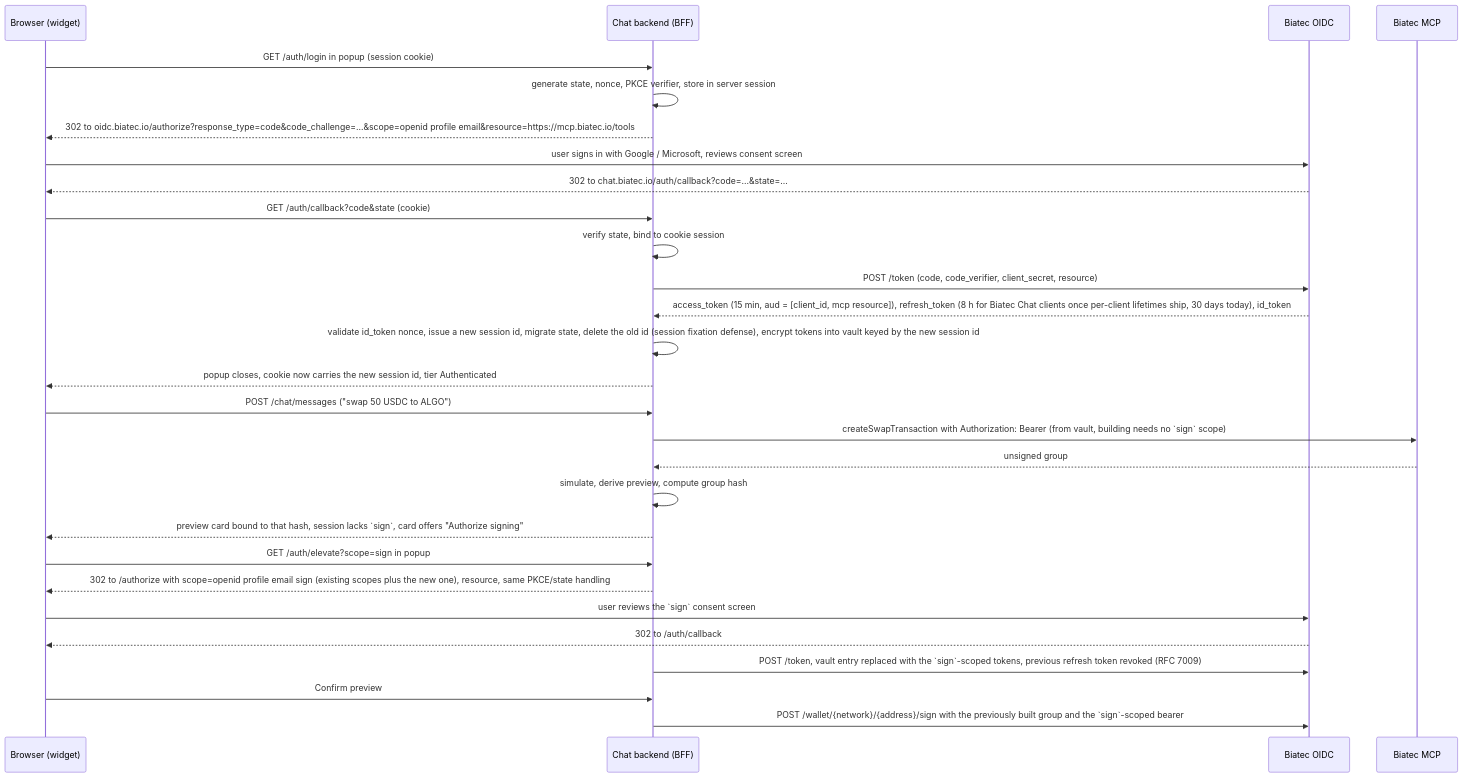
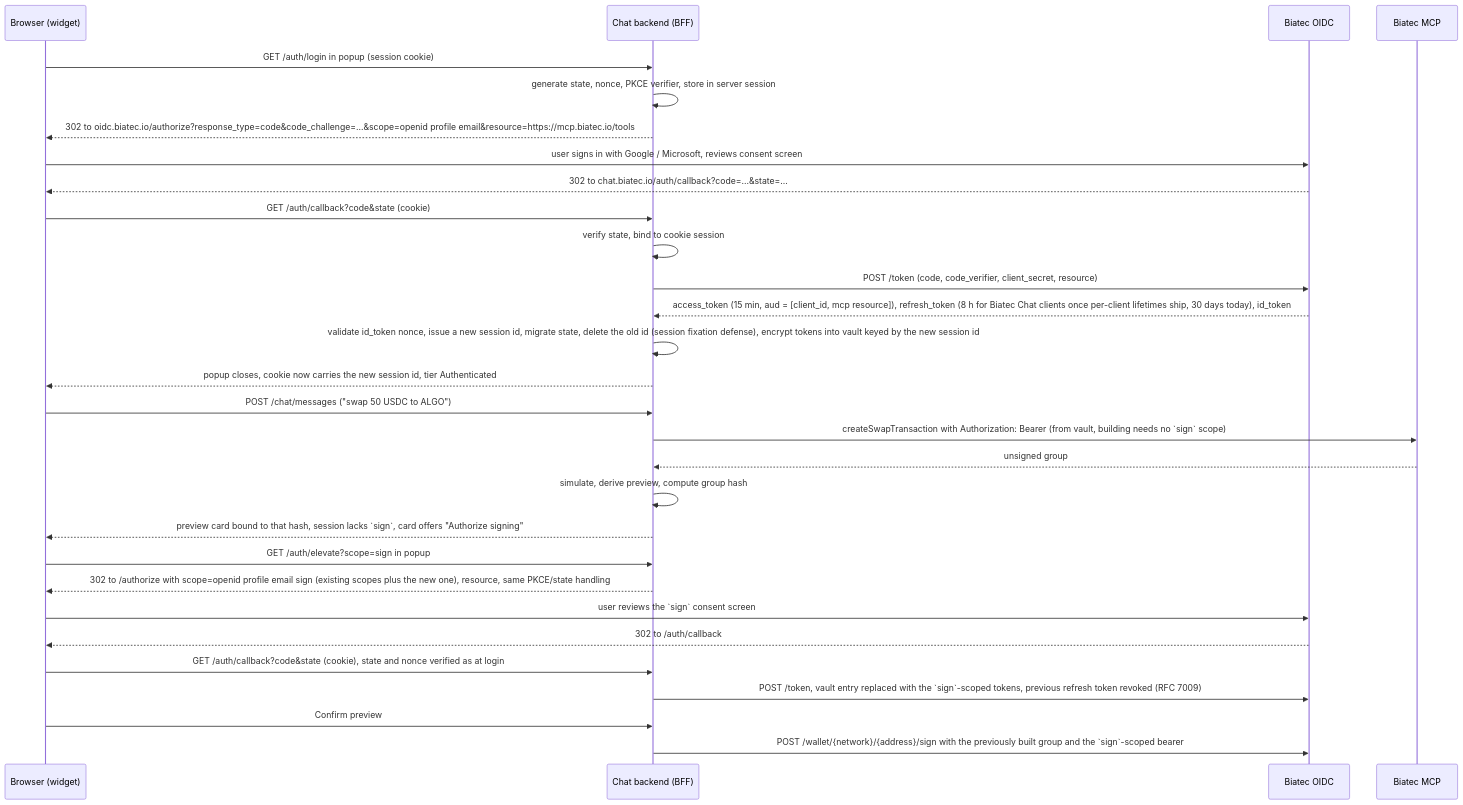
One commit to scholtz/biatec-chat changed the second of 3 diagrams in PRODUCT-DESCRIPTION.md. Above: the diagram before and after it, drawn with Mermaid. The commit also changed other lines of this file, not shown here.

````diff
--- a/PRODUCT-DESCRIPTION.md
+++ b/PRODUCT-DESCRIPTION.md
@@ -314,31 +314,32 @@
 ```mermaid
 sequenceDiagram
     participant B as Browser (widget)
     participant API as Chat backend (BFF)
     participant O as Biatec OIDC
     participant M as Biatec MCP
 
     B->>API: GET /auth/login in popup (session cookie)
     API->>API: generate state, nonce, PKCE verifier, store in server session
     API-->>B: 302 to oidc.biatec.io/authorize?response_type=code&code_challenge=...&scope=openid profile email&resource=https://mcp.biatec.io/tools
     B->>O: user signs in with Google / Microsoft, reviews consent screen
     O-->>B: 302 to chat.biatec.io/auth/callback?code=...&state=...
     B->>API: GET /auth/callback?code&state (cookie)
     API->>API: verify state, bind to cookie session
     API->>O: POST /token (code, code_verifier, client_secret, resource)
     O-->>API: access_token (15 min, aud = [client_id, mcp resource]), refresh_token (8 h for Biatec Chat clients once per-client lifetimes ship, 30 days today), id_token
     API->>API: validate id_token nonce, issue a new session id, migrate state, delete the old id (session fixation defense), encrypt tokens into vault keyed by the new session id
     API-->>B: popup closes, cookie now carries the new session id, tier Authenticated
     B->>API: POST /chat/messages ("swap 50 USDC to ALGO")
     API->>M: createSwapTransaction with Authorization: Bearer (from vault, building needs no `sign` scope)
     M-->>API: unsigned group
     API->>API: simulate, derive preview, compute group hash
     API-->>B: preview card bound to that hash, session lacks `sign`, card offers "Authorize signing"
     B->>API: GET /auth/elevate?scope=sign in popup
     API-->>B: 302 to /authorize with scope=openid profile email sign (existing scopes plus the new one), resource, same PKCE/state handling
     B->>O: user reviews the `sign` consent screen
     O-->>B: 302 to /auth/callback
+    B->>API: GET /auth/callback?code&state (cookie), state and nonce verified as at login
     API->>O: POST /token, vault entry replaced with the `sign`-scoped tokens, previous refresh token revoked (RFC 7009)
     B->>API: Confirm preview
     API->>O: POST /wallet/{network}/{address}/sign with the previously built group and the `sign`-scoped bearer
 ```
````
